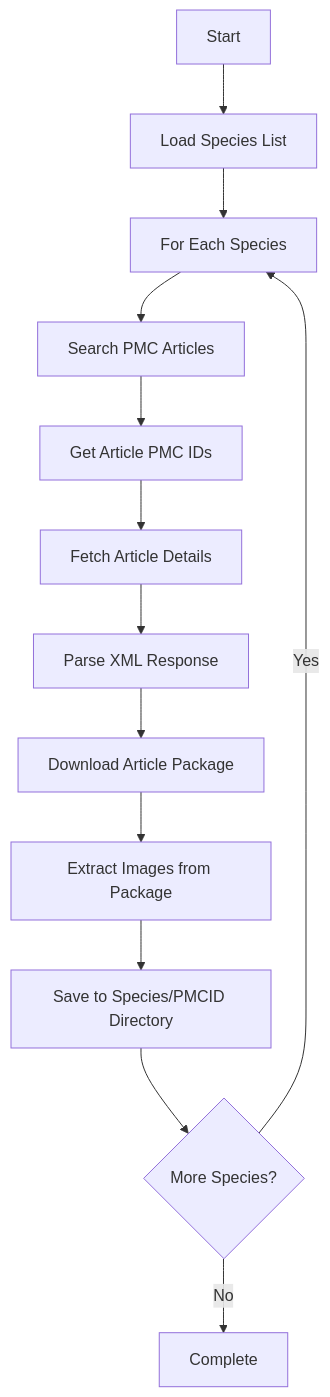
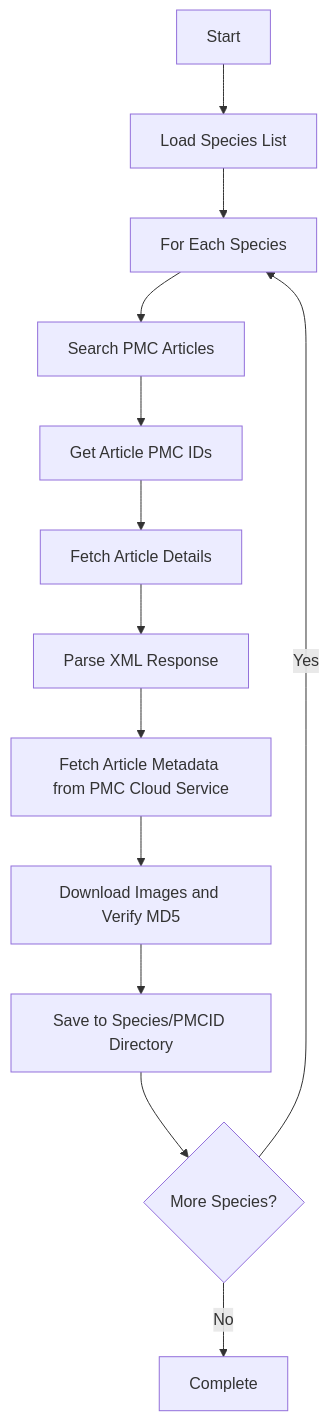
Before and after one commit to AlexJSully/Publication-Figure-Retrieval: the first of 2 diagrams in docs/index.md, drawn with Mermaid. The commit also changed other lines of this file and 28 other files, not shown here.

First line of the commit message:
Fix unable to retrieve figure publication images (#242)

````diff
--- a/docs/index.md
+++ b/docs/index.md
@@ -33,18 +33,18 @@
 ```mermaid
 graph TD
     accTitle: End-to-End Figure Retrieval Workflow
-    accDescr: The tool starts, loads the species list, and for each species searches PMC articles, gets PMC IDs, fetches article details, parses the XML response, downloads the article package, extracts images, and saves them to a species and PMC ID directory before moving to the next species until all are complete.
+    accDescr: The tool starts, loads the species list, and for each species searches PMC articles, gets PMC IDs, fetches article details, parses the XML response, fetches each article's metadata from the PMC Cloud Service, downloads the article's images and verifies each one's MD5 digest, and saves the verified images to a species and PMC ID directory before moving to the next species until all are complete.
 
     A[Start] --> B[Load Species List]
     B --> C[For Each Species]
     C --> D[Search PMC Articles]
     D --> E[Get Article PMC IDs]
     E --> F[Fetch Article Details]
     F --> G[Parse XML Response]
-    G --> H[Download Article Package]
-    H --> I[Extract Images from Package]
+    G --> H[Fetch Article Metadata from PMC Cloud Service]
+    H --> I[Download Images and Verify MD5]
     I --> J[Save to Species/PMCID Directory]
     J --> K{More Species?}
     K -->|Yes| C
     K -->|No| L[Complete]
 ```
````
